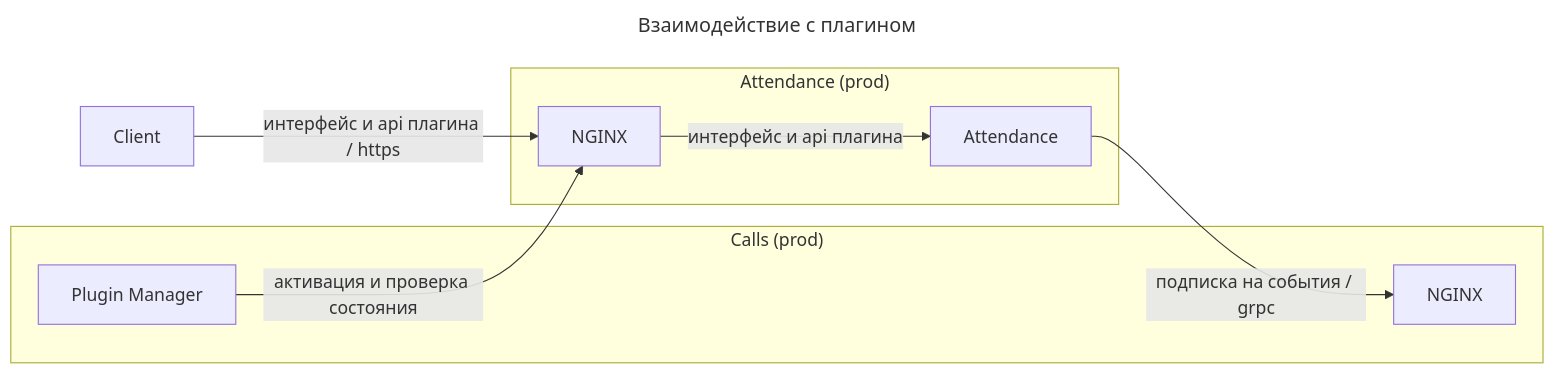
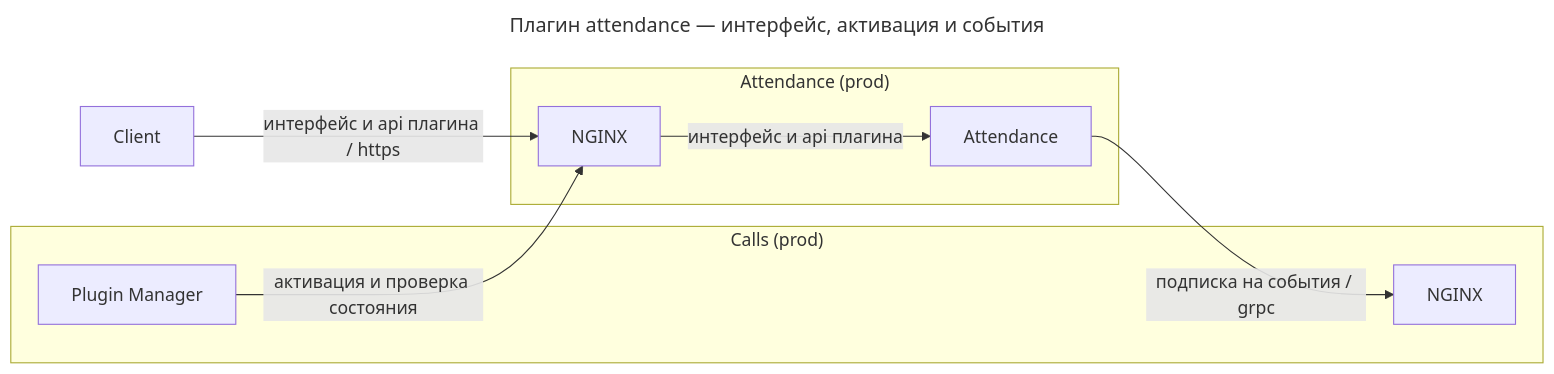
One commit to dwspurpleteam/deployer changed the fourth of 5 diagrams in README.md. Above: the diagram before and after it, drawn with Mermaid. The commit also changed other lines of this file, not shown here.

Commit message:
Clarify architecture diagram titles

````diff
--- a/README.md
+++ b/README.md
@@ -55,16 +55,16 @@
 ```mermaid
 ---
-title: Взаимодействие с плагином
+title: Плагин attendance — интерфейс, активация и события
 ---
 flowchart LR
   browser[Client] -->|интерфейс и api плагина / https| attendance_nginx
   subgraph calls_plugins["Calls (prod)"]
     manager[Plugin Manager]
     proxy[NGINX]
   end
   subgraph attendance_prod["Attendance (prod)"]
     attendance_nginx[NGINX] -->|интерфейс и api плагина| attendance[Attendance]
   end
   manager -->|активация и проверка состояния| attendance_nginx
   attendance -->|подписка на события / grpc| proxy
 ```
````
